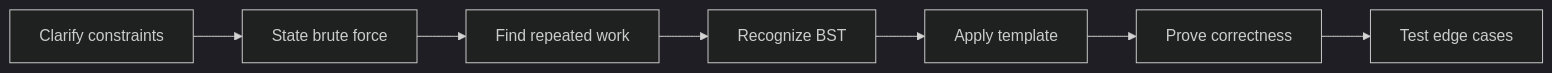
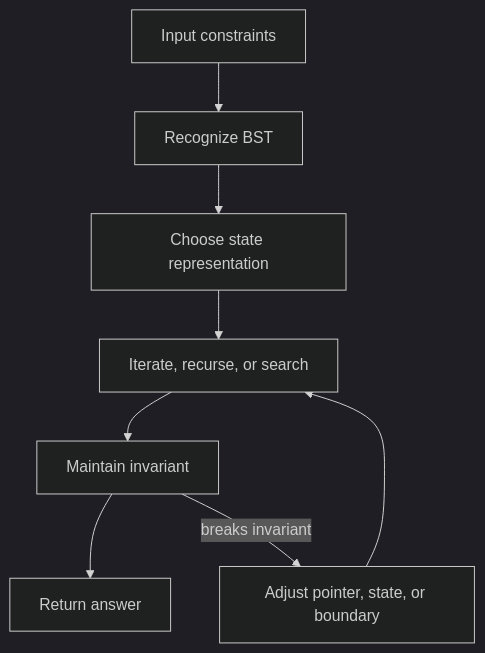
One commit to abstractinterviews/abstractinterviews.github.io changed the second of 2 diagrams in coding-round/data-structures/bst/index.md. Above: the diagram before and after it, drawn with Mermaid (dark theme). The commit also changed other lines of this file and 278 other files, not shown here.

````diff
--- a/coding-round/data-structures/bst/index.md
+++ b/coding-round/data-structures/bst/index.md
@@ -123,9 +121,10 @@
-~~~mermaid
-flowchart LR
-    A["Clarify constraints"] --> B["State brute force"]
-    B --> C["Find repeated work"]
-    C --> D["Recognize BST"]
-    D --> E["Apply template"]
-    E --> F["Prove correctness"]
-    F --> G["Test edge cases"]
-~~~
+```mermaid
+flowchart TD
+    Input["Input constraints"] --> Pattern["Recognize BST"]
+    Pattern --> State["Choose state representation"]
+    State --> Iterate["Iterate, recurse, or search"]
+    Iterate --> Check["Maintain invariant"]
+    Check --> Result["Return answer"]
+    Check -->|breaks invariant| Fix["Adjust pointer, state, or boundary"]
+    Fix --> Iterate
+```
````
